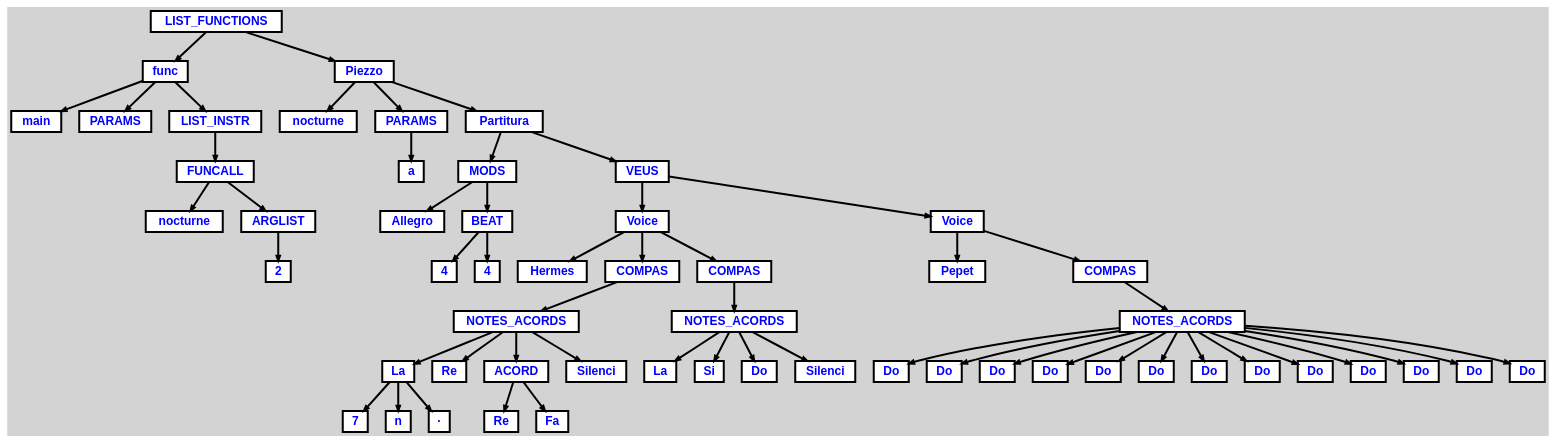
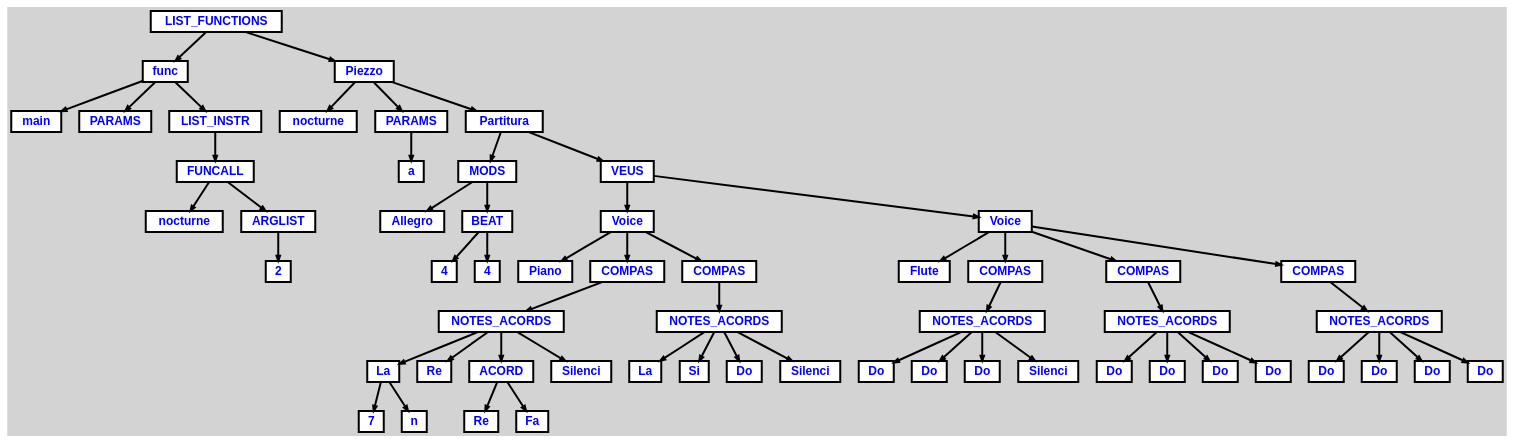
Before and after one commit to marcbenedi/MusicLanguage: the diagram in inputs/input2.dot, drawn with Graphviz. The commit also changed 14 other files, not shown here.

```diff
--- a/inputs/input2.dot
+++ b/inputs/input2.dot
@@ -1,142 +1,150 @@
 digraph {
 
 	ordering=out;
 	ranksep=.4;
 	bgcolor="lightgrey"; node [shape=box, fixedsize=false, fontsize=12, fontname="Helvetica-bold", fontcolor="blue"
 		width=.25, height=.25, color="black", fillcolor="white", style="filled, solid, bold"];
 	edge [arrowsize=.5, color="black", style="bold"]
 
   n0 [label="LIST_FUNCTIONS"];
   n1 [label="func"];
   n1 [label="func"];
   n2 [label="main"];
   n3 [label="PARAMS"];
   n4 [label="LIST_INSTR"];
   n4 [label="LIST_INSTR"];
   n5 [label="FUNCALL"];
   n5 [label="FUNCALL"];
   n6 [label="nocturne"];
   n7 [label="ARGLIST"];
   n7 [label="ARGLIST"];
   n8 [label="2"];
   n9 [label="Piezzo"];
   n9 [label="Piezzo"];
   n10 [label="nocturne"];
   n11 [label="PARAMS"];
   n11 [label="PARAMS"];
   n12 [label="a"];
   n13 [label="Partitura"];
   n13 [label="Partitura"];
   n14 [label="MODS"];
   n14 [label="MODS"];
   n15 [label="Allegro"];
   n16 [label="BEAT"];
   n16 [label="BEAT"];
   n17 [label="4"];
   n18 [label="4"];
   n19 [label="VEUS"];
   n19 [label="VEUS"];
   n20 [label="Voice"];
   n20 [label="Voice"];
-  n21 [label="Hermes"];
+  n21 [label="Piano"];
   n22 [label="COMPAS"];
   n22 [label="COMPAS"];
   n23 [label="NOTES_ACORDS"];
   n23 [label="NOTES_ACORDS"];
   n24 [label="La"];
   n24 [label="La"];
   n25 [label="7"];
   n26 [label="n"];
-  n27 [label="·"];
-  n28 [label="Re"];
-  n29 [label="ACORD"];
-  n29 [label="ACORD"];
-  n30 [label="Re"];
-  n31 [label="Fa"];
-  n32 [label="Silenci"];
-  n33 [label="COMPAS"];
-  n33 [label="COMPAS"];
-  n34 [label="NOTES_ACORDS"];
-  n34 [label="NOTES_ACORDS"];
-  n35 [label="La"];
-  n36 [label="Si"];
-  n37 [label="Do"];
-  n38 [label="Silenci"];
-  n39 [label="Voice"];
-  n39 [label="Voice"];
-  n40 [label="Pepet"];
-  n41 [label="COMPAS"];
-  n41 [label="COMPAS"];
-  n42 [label="NOTES_ACORDS"];
-  n42 [label="NOTES_ACORDS"];
+  n27 [label="Re"];
+  n28 [label="ACORD"];
+  n28 [label="ACORD"];
+  n29 [label="Re"];
+  n30 [label="Fa"];
+  n31 [label="Silenci"];
+  n32 [label="COMPAS"];
+  n32 [label="COMPAS"];
+  n33 [label="NOTES_ACORDS"];
+  n33 [label="NOTES_ACORDS"];
+  n34 [label="La"];
+  n35 [label="Si"];
+  n36 [label="Do"];
+  n37 [label="Silenci"];
+  n38 [label="Voice"];
+  n38 [label="Voice"];
+  n39 [label="Flute"];
+  n40 [label="COMPAS"];
+  n40 [label="COMPAS"];
+  n41 [label="NOTES_ACORDS"];
+  n41 [label="NOTES_ACORDS"];
+  n42 [label="Do"];
   n43 [label="Do"];
   n44 [label="Do"];
-  n45 [label="Do"];
-  n46 [label="Do"];
-  n47 [label="Do"];
+  n45 [label="Silenci"];
+  n46 [label="COMPAS"];
+  n46 [label="COMPAS"];
+  n47 [label="NOTES_ACORDS"];
+  n47 [label="NOTES_ACORDS"];
   n48 [label="Do"];
   n49 [label="Do"];
   n50 [label="Do"];
   n51 [label="Do"];
-  n52 [label="Do"];
-  n53 [label="Do"];
+  n52 [label="COMPAS"];
+  n52 [label="COMPAS"];
+  n53 [label="NOTES_ACORDS"];
+  n53 [label="NOTES_ACORDS"];
   n54 [label="Do"];
   n55 [label="Do"];
+  n56 [label="Do"];
+  n57 [label="Do"];
 
   n0 -> n1 // "LIST_FUNCTIONS" -> "func"
   n1 -> n2 // "func" -> "main"
   n1 -> n3 // "func" -> "PARAMS"
   n1 -> n4 // "func" -> "LIST_INSTR"
   n4 -> n5 // "LIST_INSTR" -> "FUNCALL"
   n5 -> n6 // "FUNCALL" -> "nocturne"
   n5 -> n7 // "FUNCALL" -> "ARGLIST"
   n7 -> n8 // "ARGLIST" -> "2"
   n0 -> n9 // "LIST_FUNCTIONS" -> "Piezzo"
   n9 -> n10 // "Piezzo" -> "nocturne"
   n9 -> n11 // "Piezzo" -> "PARAMS"
   n11 -> n12 // "PARAMS" -> "a"
   n9 -> n13 // "Piezzo" -> "Partitura"
   n13 -> n14 // "Partitura" -> "MODS"
   n14 -> n15 // "MODS" -> "Allegro"
   n14 -> n16 // "MODS" -> "BEAT"
   n16 -> n17 // "BEAT" -> "4"
   n16 -> n18 // "BEAT" -> "4"
   n13 -> n19 // "Partitura" -> "VEUS"
   n19 -> n20 // "VEUS" -> "Voice"
-  n20 -> n21 // "Voice" -> "Hermes"
+  n20 -> n21 // "Voice" -> "Piano"
   n20 -> n22 // "Voice" -> "COMPAS"
   n22 -> n23 // "COMPAS" -> "NOTES_ACORDS"
   n23 -> n24 // "NOTES_ACORDS" -> "La"
   n24 -> n25 // "La" -> "7"
   n24 -> n26 // "La" -> "n"
-  n24 -> n27 // "La" -> "·"
-  n23 -> n28 // "NOTES_ACORDS" -> "Re"
-  n23 -> n29 // "NOTES_ACORDS" -> "ACORD"
-  n29 -> n30 // "ACORD" -> "Re"
-  n29 -> n31 // "ACORD" -> "Fa"
-  n23 -> n32 // "NOTES_ACORDS" -> "Silenci"
-  n20 -> n33 // "Voice" -> "COMPAS"
-  n33 -> n34 // "COMPAS" -> "NOTES_ACORDS"
-  n34 -> n35 // "NOTES_ACORDS" -> "La"
-  n34 -> n36 // "NOTES_ACORDS" -> "Si"
-  n34 -> n37 // "NOTES_ACORDS" -> "Do"
-  n34 -> n38 // "NOTES_ACORDS" -> "Silenci"
-  n19 -> n39 // "VEUS" -> "Voice"
-  n39 -> n40 // "Voice" -> "Pepet"
-  n39 -> n41 // "Voice" -> "COMPAS"
-  n41 -> n42 // "COMPAS" -> "NOTES_ACORDS"
-  n42 -> n43 // "NOTES_ACORDS" -> "Do"
-  n42 -> n44 // "NOTES_ACORDS" -> "Do"
-  n42 -> n45 // "NOTES_ACORDS" -> "Do"
-  n42 -> n46 // "NOTES_ACORDS" -> "Do"
-  n42 -> n47 // "NOTES_ACORDS" -> "Do"
-  n42 -> n48 // "NOTES_ACORDS" -> "Do"
-  n42 -> n49 // "NOTES_ACORDS" -> "Do"
-  n42 -> n50 // "NOTES_ACORDS" -> "Do"
-  n42 -> n51 // "NOTES_ACORDS" -> "Do"
-  n42 -> n52 // "NOTES_ACORDS" -> "Do"
-  n42 -> n53 // "NOTES_ACORDS" -> "Do"
-  n42 -> n54 // "NOTES_ACORDS" -> "Do"
-  n42 -> n55 // "NOTES_ACORDS" -> "Do"
+  n23 -> n27 // "NOTES_ACORDS" -> "Re"
+  n23 -> n28 // "NOTES_ACORDS" -> "ACORD"
+  n28 -> n29 // "ACORD" -> "Re"
+  n28 -> n30 // "ACORD" -> "Fa"
+  n23 -> n31 // "NOTES_ACORDS" -> "Silenci"
+  n20 -> n32 // "Voice" -> "COMPAS"
+  n32 -> n33 // "COMPAS" -> "NOTES_ACORDS"
+  n33 -> n34 // "NOTES_ACORDS" -> "La"
+  n33 -> n35 // "NOTES_ACORDS" -> "Si"
+  n33 -> n36 // "NOTES_ACORDS" -> "Do"
+  n33 -> n37 // "NOTES_ACORDS" -> "Silenci"
+  n19 -> n38 // "VEUS" -> "Voice"
+  n38 -> n39 // "Voice" -> "Flute"
+  n38 -> n40 // "Voice" -> "COMPAS"
+  n40 -> n41 // "COMPAS" -> "NOTES_ACORDS"
+  n41 -> n42 // "NOTES_ACORDS" -> "Do"
+  n41 -> n43 // "NOTES_ACORDS" -> "Do"
+  n41 -> n44 // "NOTES_ACORDS" -> "Do"
+  n41 -> n45 // "NOTES_ACORDS" -> "Silenci"
+  n38 -> n46 // "Voice" -> "COMPAS"
+  n46 -> n47 // "COMPAS" -> "NOTES_ACORDS"
+  n47 -> n48 // "NOTES_ACORDS" -> "Do"
+  n47 -> n49 // "NOTES_ACORDS" -> "Do"
+  n47 -> n50 // "NOTES_ACORDS" -> "Do"
+  n47 -> n51 // "NOTES_ACORDS" -> "Do"
+  n38 -> n52 // "Voice" -> "COMPAS"
+  n52 -> n53 // "COMPAS" -> "NOTES_ACORDS"
+  n53 -> n54 // "NOTES_ACORDS" -> "Do"
+  n53 -> n55 // "NOTES_ACORDS" -> "Do"
+  n53 -> n56 // "NOTES_ACORDS" -> "Do"
+  n53 -> n57 // "NOTES_ACORDS" -> "Do"
 
 }
```
